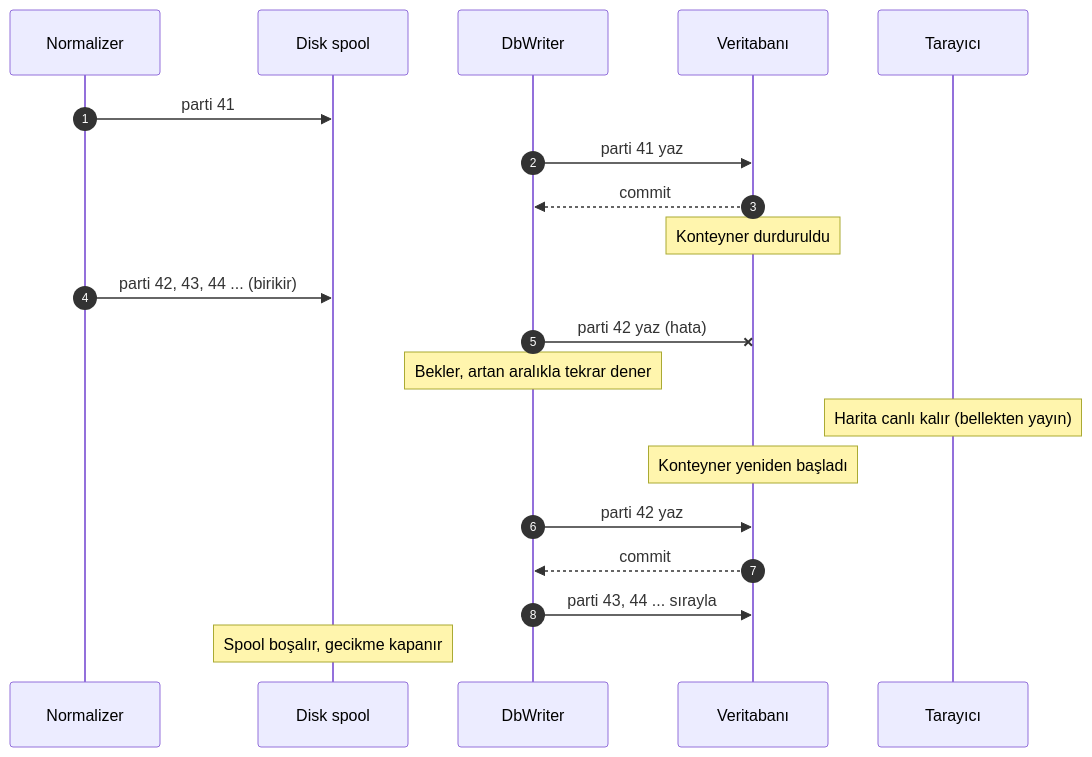
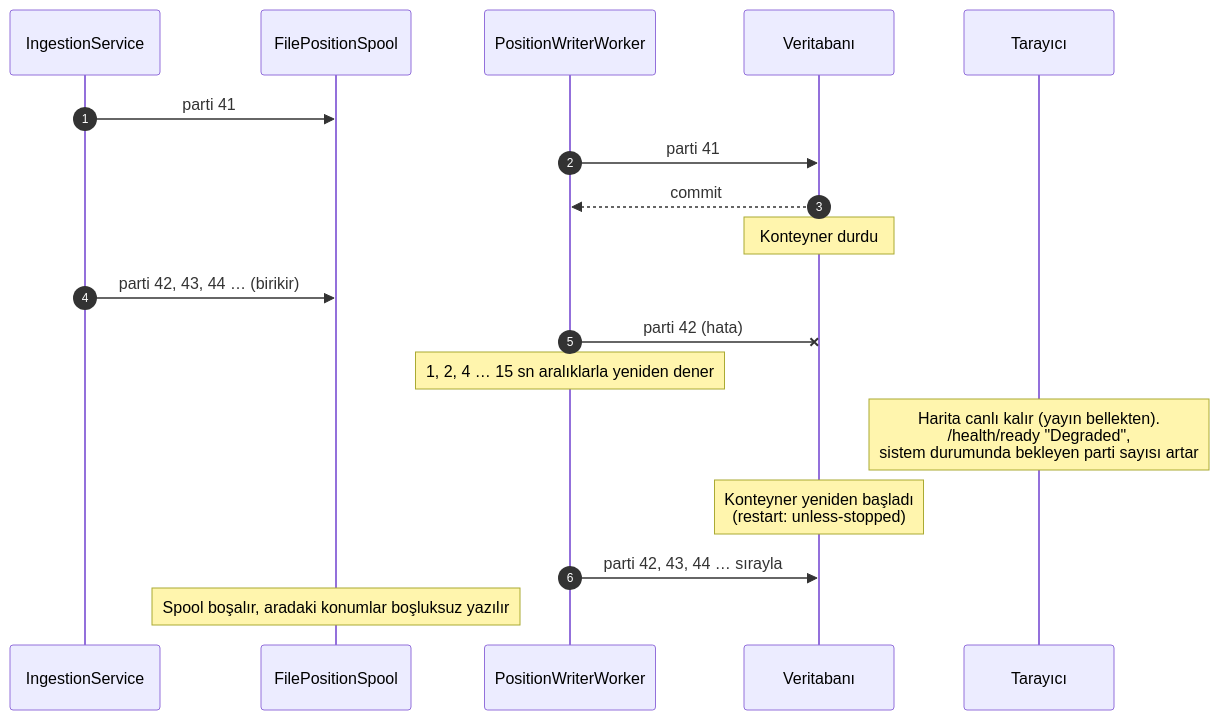
One commit to blisahn/piton-live-vehicle-tracking changed the sixth of 10 diagrams in docs/architecture.md. Above: the diagram before and after it, drawn with Mermaid. The commit also changed other lines of this file and 1 other file, not shown here.

First line of the commit message:
docs: bring the architecture flows up to date

````diff
--- a/docs/architecture.md
+++ b/docs/architecture.md
@@ -165,25 +223,23 @@
 ```mermaid
 sequenceDiagram
     autonumber
-    participant N as Normalizer
-    participant S as Disk spool
-    participant W as DbWriter
+    participant I as IngestionService
+    participant S as FilePositionSpool
+    participant W as PositionWriterWorker
     participant DB as Veritabanı
     participant C as Tarayıcı
 
-    N->>S: parti 41
-    W->>DB: parti 41 yaz
+    I->>S: parti 41
+    W->>DB: parti 41
     DB-->>W: commit
-    Note over DB: Konteyner durduruldu
+    Note over DB: Konteyner durdu
 
-    N->>S: parti 42, 43, 44 ... (birikir)
-    W-xDB: parti 42 yaz (hata)
-    Note over W: Bekler, artan aralıkla tekrar dener
-    Note over C: Harita canlı kalır (bellekten yayın)
+    I->>S: parti 42, 43, 44 … (birikir)
+    W-xDB: parti 42 (hata)
+    Note over W: 1, 2, 4 … 15 sn aralıklarla yeniden dener
+    Note over C: Harita canlı kalır (yayın bellekten).<br/>/health/ready "Degraded",<br/>sistem durumunda bekleyen parti sayısı artar
 
-    Note over DB: Konteyner yeniden başladı
-    W->>DB: parti 42 yaz
-    DB-->>W: commit
-    W->>DB: parti 43, 44 ... sırayla
-    Note over S: Spool boşalır, gecikme kapanır
+    Note over DB: Konteyner yeniden başladı<br/>(restart: unless-stopped)
+    W->>DB: parti 42, 43, 44 … sırayla
+    Note over S: Spool boşalır, aradaki konumlar boşluksuz yazılır
 ```
````
